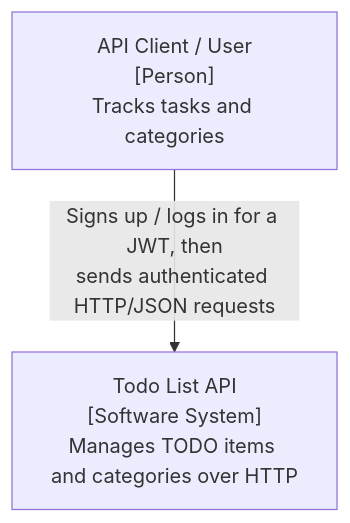
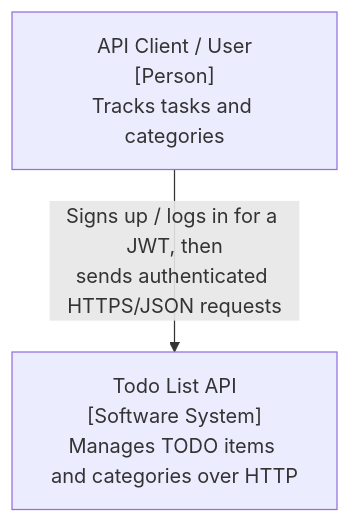
One commit to rahulkrishnanfs/todolist changed the first of 3 diagrams in README.md. Above: the diagram before and after it, drawn with Mermaid. The commit also changed other lines of this file and 5 other files, not shown here.

````diff
--- a/README.md
+++ b/README.md
@@ -172,7 +183,7 @@
 ```mermaid
 flowchart TD
     user["API Client / User<br/>[Person]<br/>Tracks tasks and categories"]
     system["Todo List API<br/>[Software System]<br/>Manages TODO items and categories over HTTP"]
 
-    user -->|"Signs up / logs in for a JWT, then<br/>sends authenticated HTTP/JSON requests"| system
+    user -->|"Signs up / logs in for a JWT, then<br/>sends authenticated HTTPS/JSON requests"| system
 ```
````
